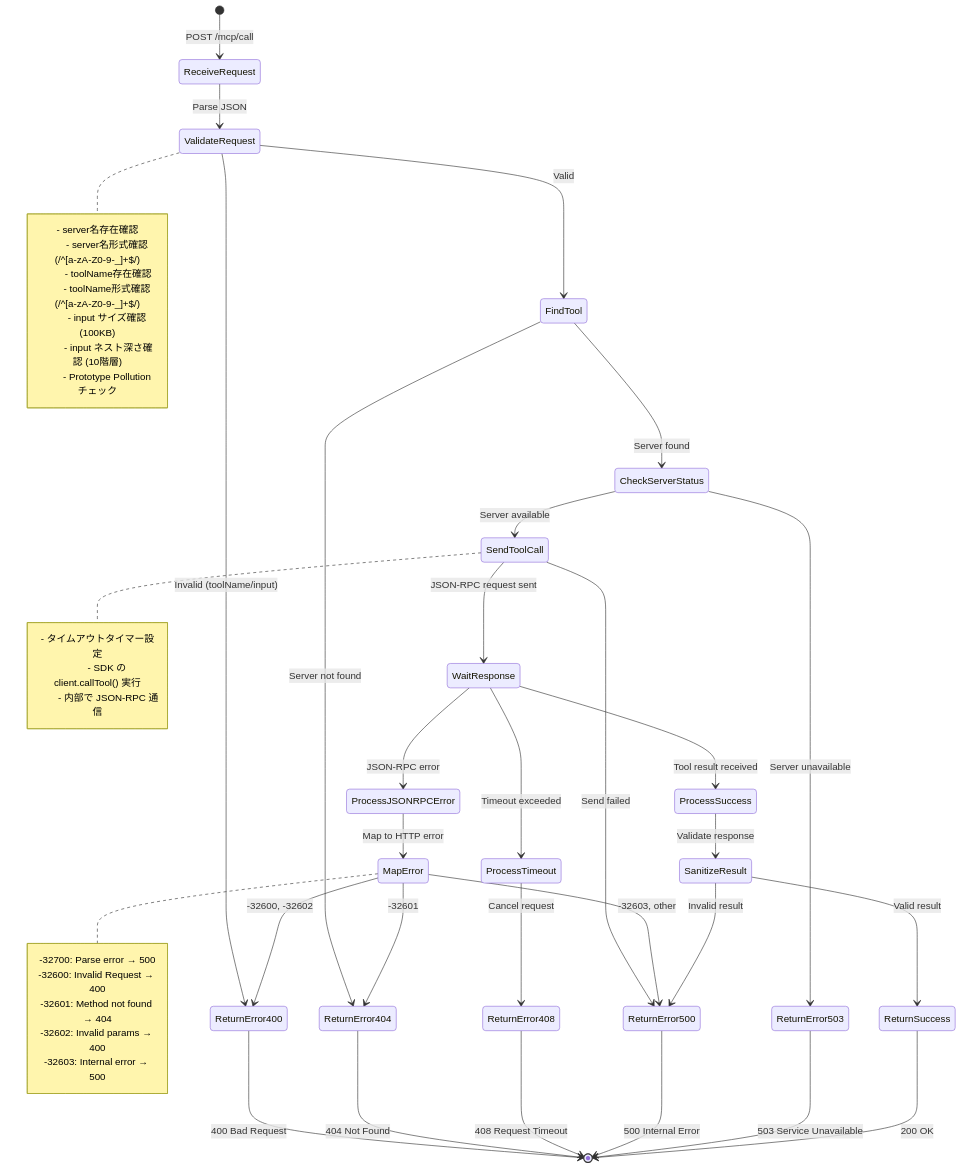
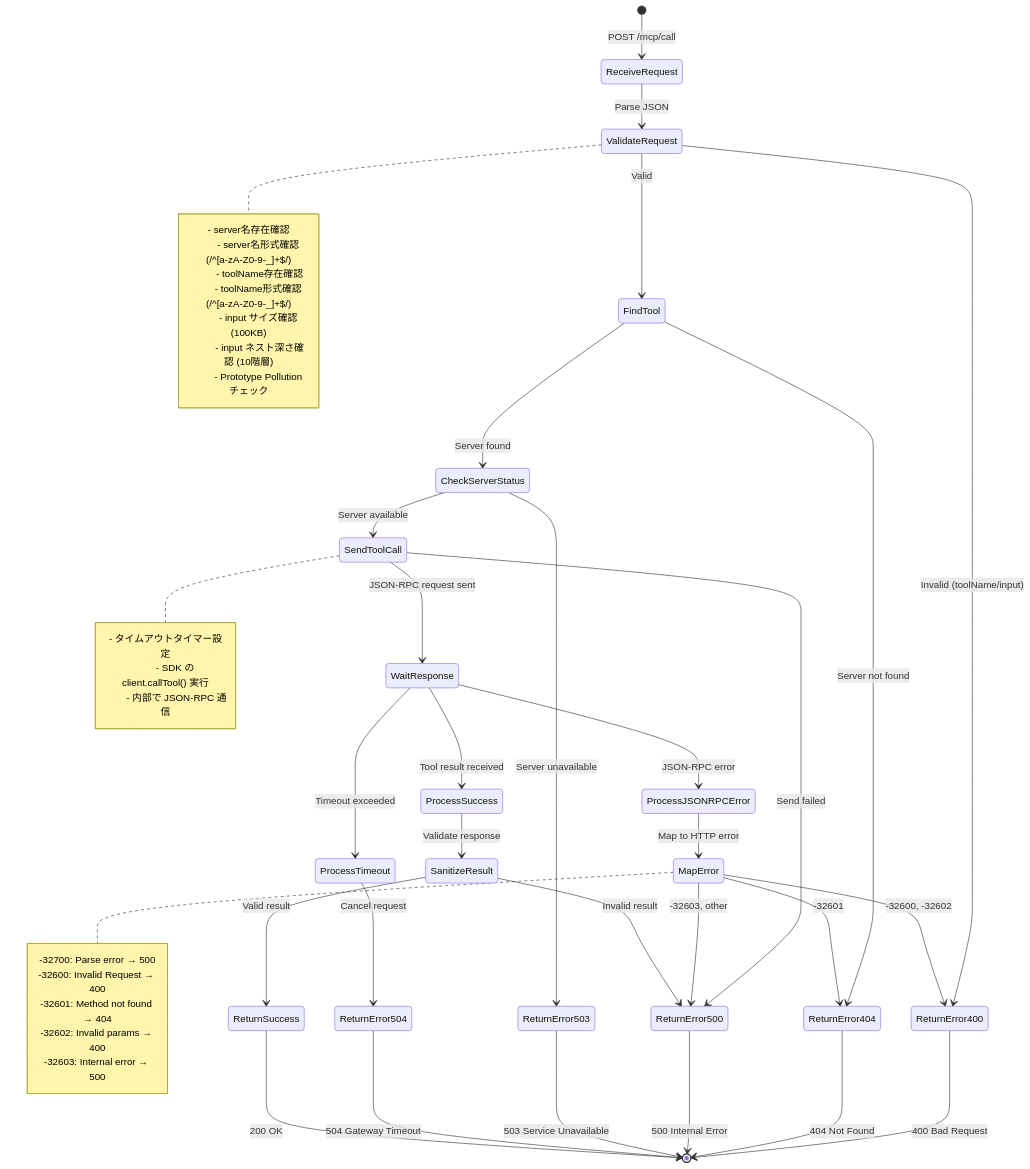
One commit to khirotaka/restexec changed the second of 8 diagrams in services/mcp-gateway/specs/Sequence.md. Above: the diagram before and after it, drawn with Mermaid. The commit also changed other lines of this file and 2 other files, not shown here.

First line of the commit message:
docs(mcp-gateway): Synchronize specifications with implementation details

````diff
--- a/services/mcp-gateway/specs/Sequence.md
+++ b/services/mcp-gateway/specs/Sequence.md
@@ -85,64 +85,64 @@
 ```mermaid
 stateDiagram-v2
     [*] --> ReceiveRequest: POST /mcp/call
 
     ReceiveRequest --> ValidateRequest: Parse JSON
 
     ValidateRequest --> FindTool: Valid
     ValidateRequest --> ReturnError400: Invalid (toolName/input)
 
     FindTool --> CheckServerStatus: Server found
     FindTool --> ReturnError404: Server not found
 
     CheckServerStatus --> SendToolCall: Server available
     CheckServerStatus --> ReturnError503: Server unavailable
 
     SendToolCall --> WaitResponse: JSON-RPC request sent
     SendToolCall --> ReturnError500: Send failed
 
     WaitResponse --> ProcessTimeout: Timeout exceeded
     WaitResponse --> ProcessJSONRPCError: JSON-RPC error
     WaitResponse --> ProcessSuccess: Tool result received
 
-    ProcessTimeout --> ReturnError408: Cancel request
+    ProcessTimeout --> ReturnError504: Cancel request
 
     ProcessJSONRPCError --> MapError: Map to HTTP error
     MapError --> ReturnError400: -32600, -32602
     MapError --> ReturnError404: -32601
     MapError --> ReturnError500: -32603, other
 
     ProcessSuccess --> SanitizeResult: Validate response
     SanitizeResult --> ReturnSuccess: Valid result
     SanitizeResult --> ReturnError500: Invalid result
 
     ReturnError400 --> [*]: 400 Bad Request
     ReturnError404 --> [*]: 404 Not Found
-    ReturnError408 --> [*]: 408 Request Timeout
     ReturnError500 --> [*]: 500 Internal Error
     ReturnError503 --> [*]: 503 Service Unavailable
+    ReturnError504 --> [*]: 504 Gateway Timeout
     ReturnSuccess --> [*]: 200 OK
 
     note right of ValidateRequest
         - server名存在確認
         - server名形式確認 (/^[a-zA-Z0-9-_]+$/)
         - toolName存在確認
         - toolName形式確認 (/^[a-zA-Z0-9-_]+$/)
         - input サイズ確認 (100KB)
         - input ネスト深さ確認 (10階層)
         - Prototype Pollution チェック
     end note
 
     note right of SendToolCall
         - タイムアウトタイマー設定
         - SDK の client.callTool() 実行
         - 内部で JSON-RPC 通信
     end note
 
     note right of MapError
         -32700: Parse error → 500
         -32600: Invalid Request → 400
         -32601: Method not found → 404
         -32602: Invalid params → 400
         -32603: Internal error → 500
     end note
 ```
````
